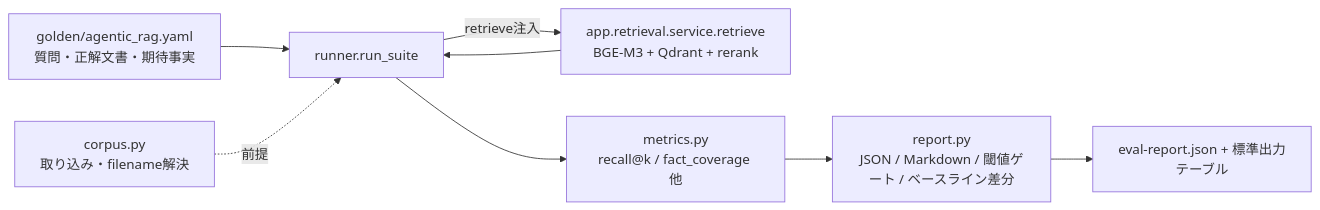
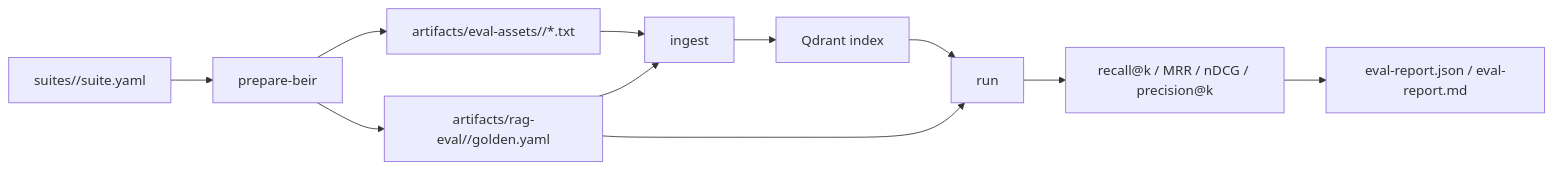
One commit to li798044887/a-rag changed the diagram in docs/notes/rag-eval-harness.md. Above: the diagram before and after it, drawn with Mermaid. The commit also changed other lines of this file and 28 other files, not shown here.

````diff
--- a/docs/notes/rag-eval-harness.md
+++ b/docs/notes/rag-eval-harness.md
@@ -13,10 +8,13 @@
 ```mermaid
 flowchart LR
-  G["golden/agentic_rag.yaml<br>質問・正解文書・期待事実"] --> R["runner.run_suite"]
-  C["corpus.py<br>取り込み・filename解決"] -. 前提 .-> R
-  R -->|"retrieve注入"| RS["app.retrieval.service.retrieve<br>BGE-M3 + Qdrant + rerank"]
-  RS --> R
-  R --> M["metrics.py<br>recall@k / fact_coverage 他"]
-  M --> RP["report.py<br>JSON / Markdown / 閾値ゲート / ベースライン差分"]
-  RP --> OUT["eval-report.json + 標準出力テーブル"]
+  C["suites/<suite>/suite.yaml"] --> P["prepare-beir"]
+  P --> A["artifacts/eval-assets/<suite>/*.txt"]
+  P --> G["artifacts/rag-eval/<suite>/golden.yaml"]
+  A --> I["ingest"]
+  G --> I
+  I --> Q["Qdrant index"]
+  G --> R["run"]
+  Q --> R
+  R --> M["recall@k / MRR / nDCG / precision@k"]
+  M --> O["eval-report.json / eval-report.md"]
 ```
````
